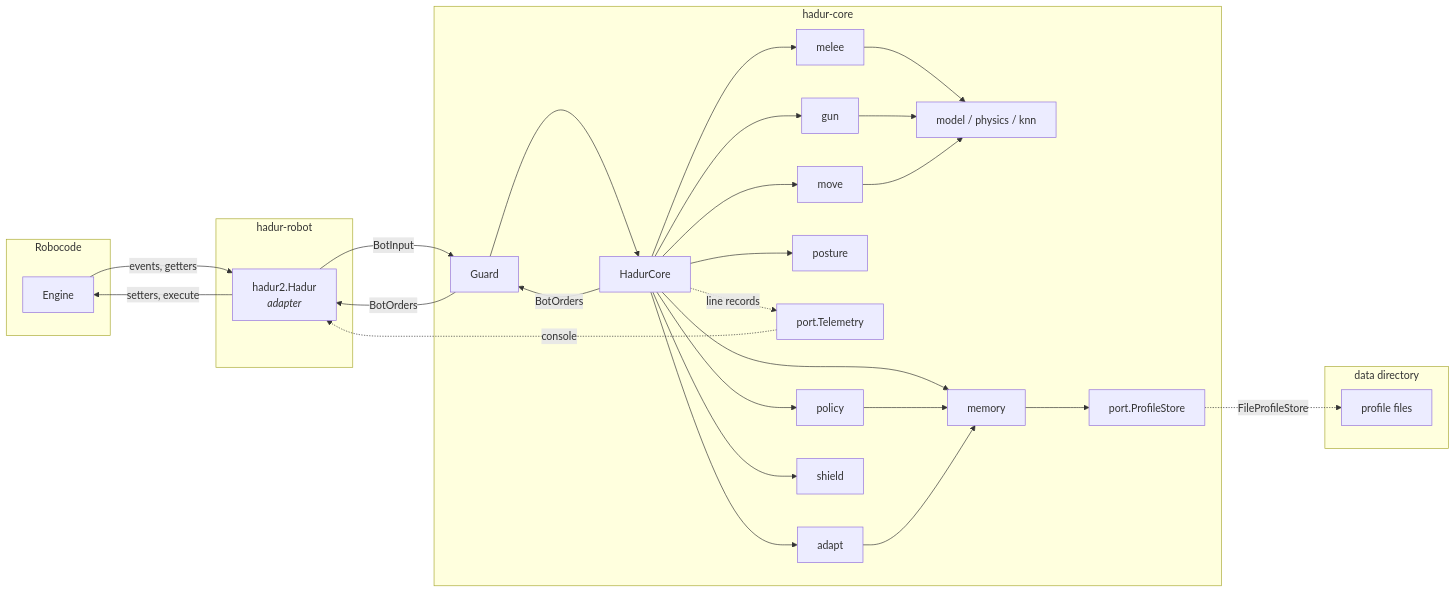
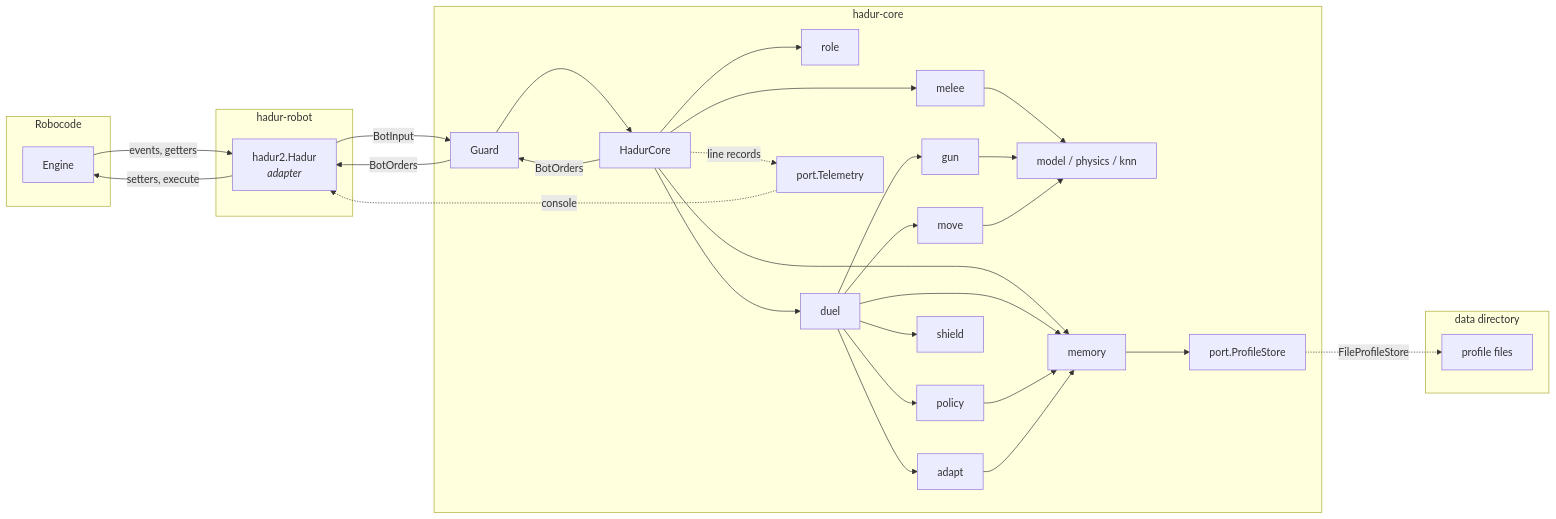
One commit to lgriffin/Hadur_Robot changed the first of 2 diagrams in docs/architecture.md. Above: the diagram before and after it, drawn with Mermaid. The commit also changed other lines of this file and 26 other files, not shown here.

First line of the commit message:
A2: lift the duel out of HadurCore behind the role contract

````diff
--- a/docs/architecture.md
+++ b/docs/architecture.md
@@ -7,48 +7,51 @@
 ```mermaid
 graph LR
     subgraph Robocode
         E[Engine]
     end
     subgraph hadur-robot
         A[hadur2.Hadur<br><i>adapter</i>]
     end
     subgraph hadur-core
         G[Guard]
         C[HadurCore]
         GC[gun]
         MC[move]
         ML[melee]
-        PT[posture]
+        PT[role]
+        DU[duel]
         M[model / physics / knn]
         T[port.Telemetry]
         MEM[memory]
         AD[adapt]
         PO[policy]
         SH[shield]
         PS[port.ProfileStore]
     end
     subgraph data directory
         F[profile files]
     end
     E -- events, getters --> A
     A -- BotInput --> G
     G --> C
-    C --> GC & MC
+    C --> DU
+    DU --> GC & MC
     C --> PT
     C --> ML
     ML --> M
     GC & MC --> M
     C -- BotOrders --> G
     G -- BotOrders --> A
     A -- setters, execute --> E
     C -. line records .-> T
     T -. console .-> A
     C --> MEM
-    C --> AD
-    C --> PO
-    C --> SH
+    DU --> MEM
+    DU --> AD
+    DU --> PO
+    DU --> SH
     PO --> MEM
     AD --> MEM
     MEM --> PS
     PS -. FileProfileStore .-> F
 ```
````
